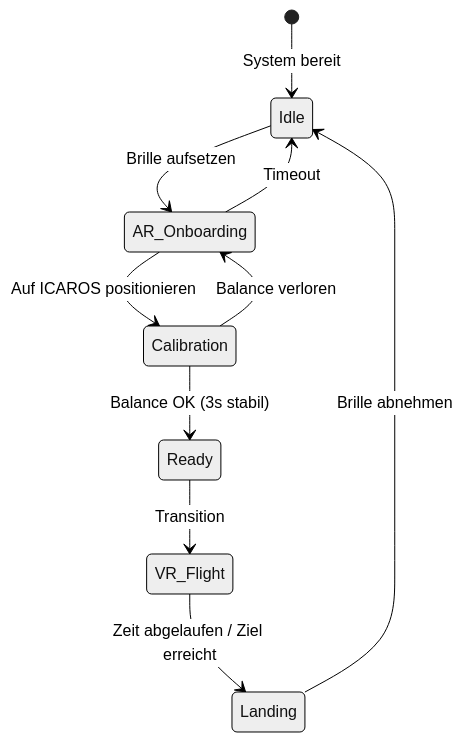
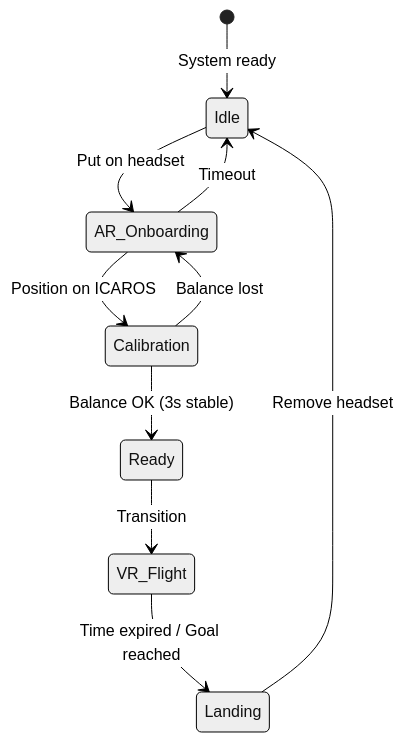
The fourth of 5 diagrams in docs/PROJEKT_STRUKTUR.md (dweigend/neural-flight), drawn with Mermaid (neutral theme) before and after one commit. The commit also changed other lines of this file and 31 other files, not shown here.

````diff
--- a/docs/PROJEKT_STRUKTUR.md
+++ b/docs/PROJEKT_STRUKTUR.md
@@ -741,13 +741,13 @@
 ```mermaid
 stateDiagram-v2
-    [*] --> Idle: System bereit
-    Idle --> AR_Onboarding: Brille aufsetzen
-    AR_Onboarding --> Calibration: Auf ICAROS positionieren
-    Calibration --> Ready: Balance OK (3s stabil)
+    [*] --> Idle: System ready
+    Idle --> AR_Onboarding: Put on headset
+    AR_Onboarding --> Calibration: Position on ICAROS
+    Calibration --> Ready: Balance OK (3s stable)
     Ready --> VR_Flight: Transition
-    VR_Flight --> Landing: Zeit abgelaufen / Ziel erreicht
-    Landing --> Idle: Brille abnehmen
+    VR_Flight --> Landing: Time expired / Goal reached
+    Landing --> Idle: Remove headset
     
     AR_Onboarding --> Idle: Timeout
-    Calibration --> AR_Onboarding: Balance verloren
+    Calibration --> AR_Onboarding: Balance lost
 ```
````
